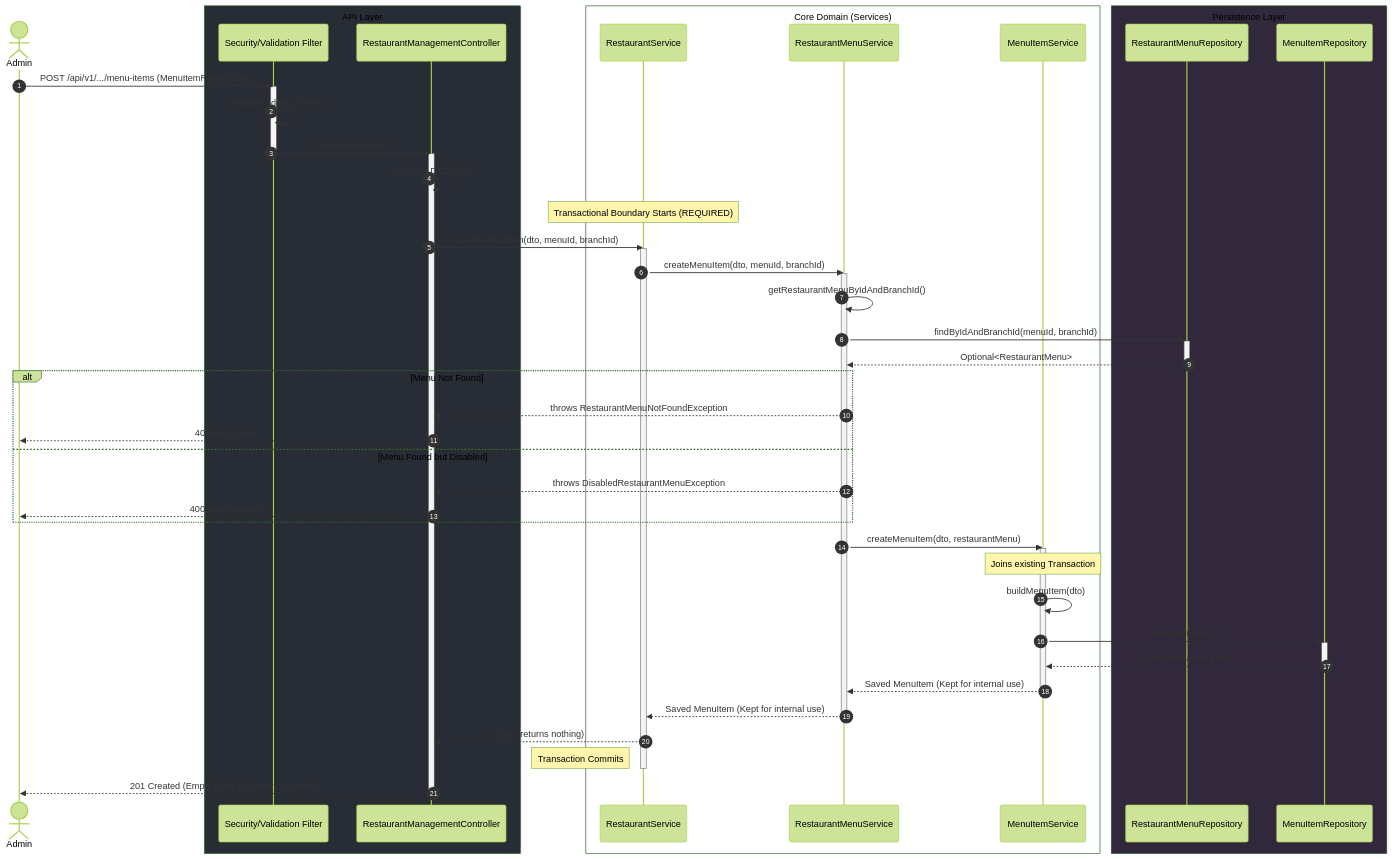
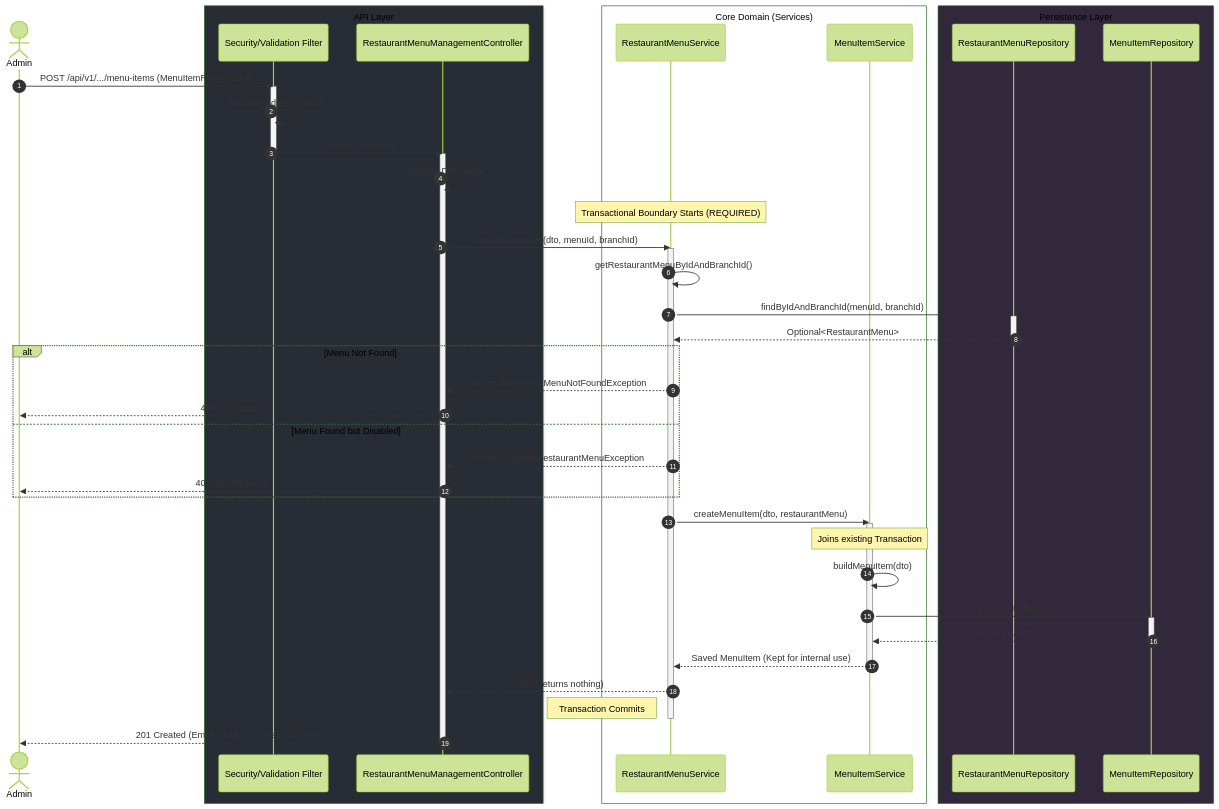
One commit to T1G1-Mentor/Food-Delivery-System-Spring-Boot changed the first of 10 diagrams in README.md. Above: the diagram before and after it, drawn with Mermaid (forest theme). The commit also changed 4 other files, not shown here.

Commit message:
refactor:     - RestaurantMenuService, MenuItemService createMenuItem method to return void     - Updated README's sequence diagram

```diff
--- a/README.md
+++ b/README.md
@@ -67,11 +67,10 @@
 
     box rgb(40, 44, 52) API Layer
         participant Filter as Security/Validation Filter
-        participant Controller as RestaurantManagementController
+        participant Controller as RestaurantMenuManagementController
     end
 
     box Core Domain (Services)
-        participant RestService as RestaurantService
         participant MenuService as RestaurantMenuService
         participant ItemService as MenuItemService
     end
@@ -92,16 +91,11 @@
     activate Controller
     Controller->>Controller: Validate DTO fields
 
-%% 2. Orchestration
-    Note over RestService: Transactional Boundary Starts (REQUIRED)
-    Controller->>RestService: createMenuItem(dto, menuId, branchId)
-    activate RestService
-
-    RestService->>MenuService: createMenuItem(dto, menuId, branchId)
+%% 2. Orchestration Menu Fetch & Validation
+    Note over MenuService: Transactional Boundary Starts (REQUIRED)
+    Controller->>MenuService: createMenuItem(dto, menuId, branchId)
     activate MenuService
 
-
-%% 3. Menu Fetch & Validation
     MenuService->>MenuService: getRestaurantMenuByIdAndBranchId()
     MenuService->>MenuRepo: findByIdAndBranchId(menuId, branchId)
     activate MenuRepo
@@ -116,7 +110,7 @@
         Controller-->>Admin: 400 Bad Request
     end
 
-%% 4. Item Creation
+%% 3. Item Creation
     MenuService->>ItemService: createMenuItem(dto, restaurantMenu)
     activate ItemService
 
@@ -128,17 +122,14 @@
     ItemRepo-->>ItemService: Saved MenuItem Entity
     deactivate ItemRepo
 
-%% 5. Return Flow
+%% 4. Return Flow
     ItemService-->>MenuService: Saved MenuItem (Kept for internal use)
     deactivate ItemService
 
 
-    MenuService-->>RestService: Saved MenuItem (Kept for internal use)
+    MenuService-->>Controller: (void / returns nothing)
+    Note left of MenuService: Transaction Commits
     deactivate MenuService
-
-    RestService-->>Controller: (void / returns nothing)
-    Note left of RestService: Transaction Commits
-    deactivate RestService
 
     Controller-->>Admin: 201 Created (Empty Body or Generic Success)
     deactivate Controller
```
